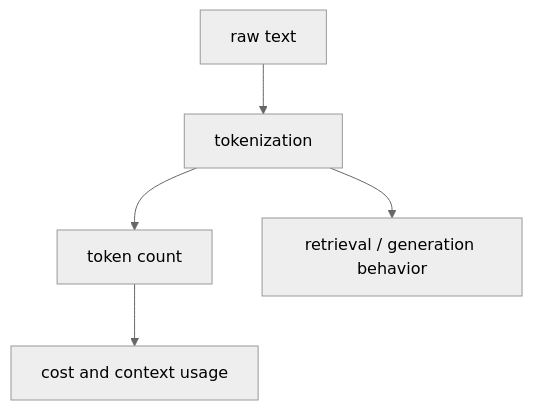
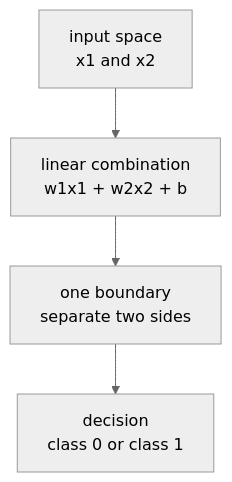
The first of 3 diagrams in docs/parts/part-05/chapter-01/section-02.md (devchan64/AiBook), drawn with Mermaid (neutral theme) before and after one commit. The commit also changed other lines of this file and 213 other files, not shown here.

````diff
--- a/docs/parts/part-05/chapter-01/section-02.md
+++ b/docs/parts/part-05/chapter-01/section-02.md
@@ -110,13 +90,11 @@
 ```mermaid
 flowchart TD
-  A["raw text"]
-  B["tokenization"]
-  C["token count"]
-  D["cost and context usage"]
-  E["retrieval / generation behavior"]
+  A["input space<br/>x1 and x2"]
+  B["linear combination<br/>w1x1 + w2x2 + b"]
+  C["one boundary<br/>separate two sides"]
+  D["decision<br/>class 0 or class 1"]
 
   A --> B
   B --> C
   C --> D
-  B --> E
 ```
````
